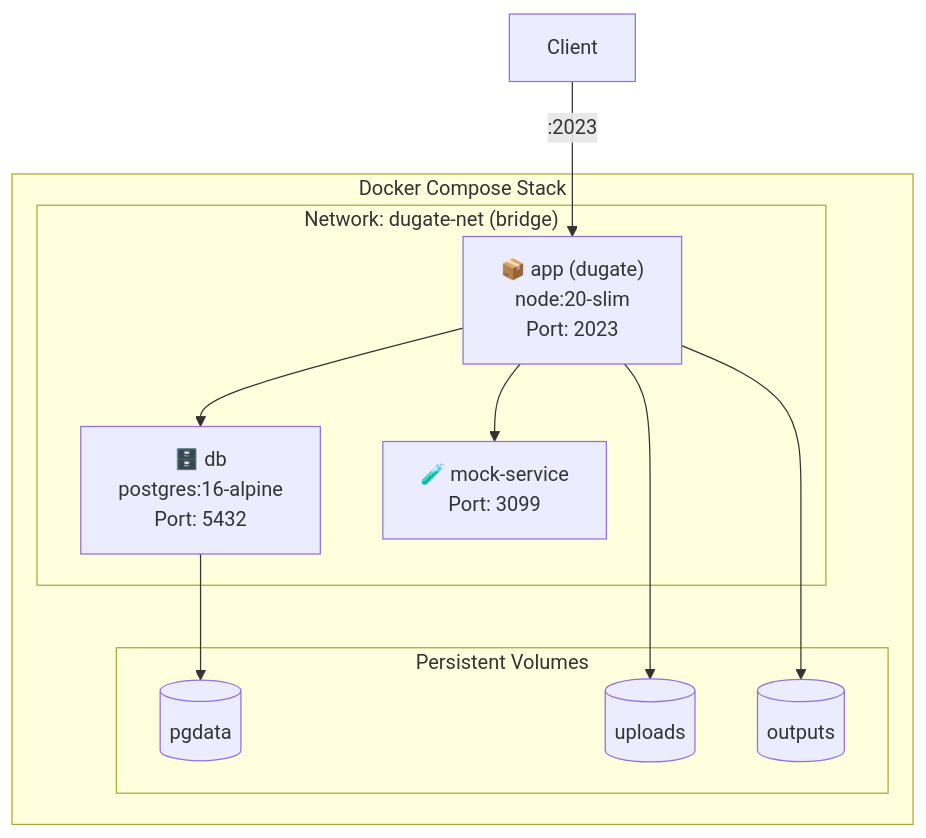
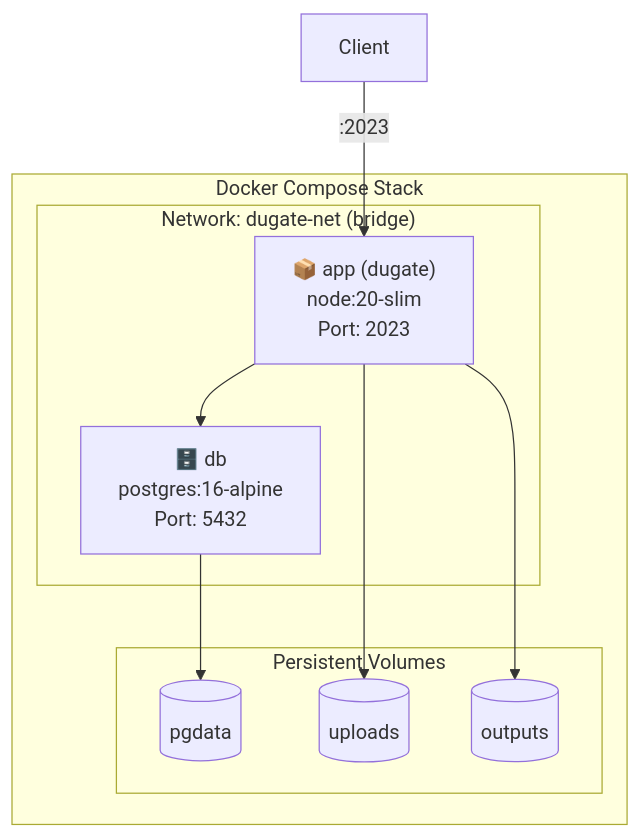
Diagram 11 of 12 in docs/SOLUTION_ARCHITECTURE.md (OrgGem/dugate), drawn with Mermaid before and after one commit. The commit also changed other lines of this file, not shown here.

Commit message:
docs(architecture): upgrade solution architecture to v2.0

````diff
--- a/docs/SOLUTION_ARCHITECTURE.md
+++ b/docs/SOLUTION_ARCHITECTURE.md
@@ -522,24 +517,22 @@
 ```mermaid
 graph TB
     subgraph "Docker Compose Stack"
         subgraph "Network: dugate-net (bridge)"
             APP["📦 app (dugate)<br/>node:20-slim<br/>Port: 2023"]
             DB["🗄️ db<br/>postgres:16-alpine<br/>Port: 5432"]
-            MOCK["🧪 mock-service<br/>Port: 3099"]
         end
 
         subgraph "Persistent Volumes"
             V1[("pgdata")]
             V2[("uploads")]
             V3[("outputs")]
         end
 
         APP --> DB
-        APP --> MOCK
         DB --> V1
         APP --> V2
         APP --> V3
     end
 
     CLIENT[Client] -->|:2023| APP
 ```
````
